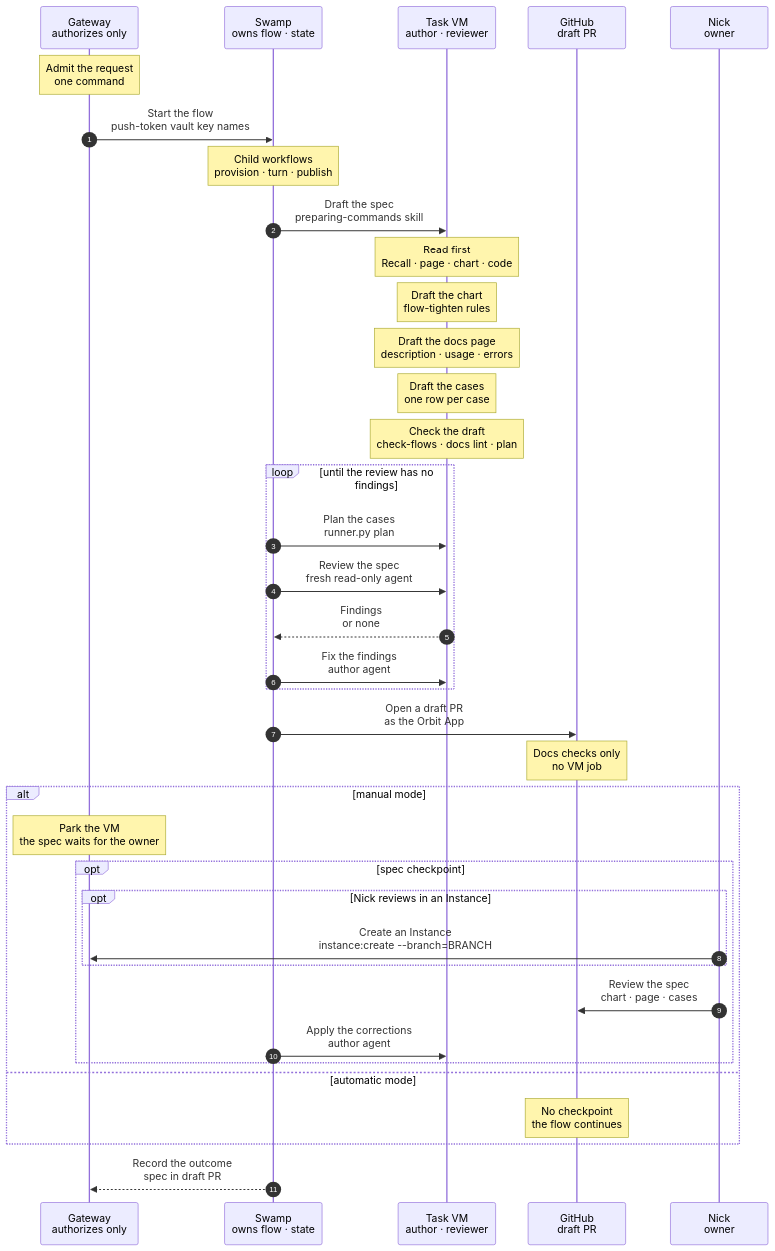
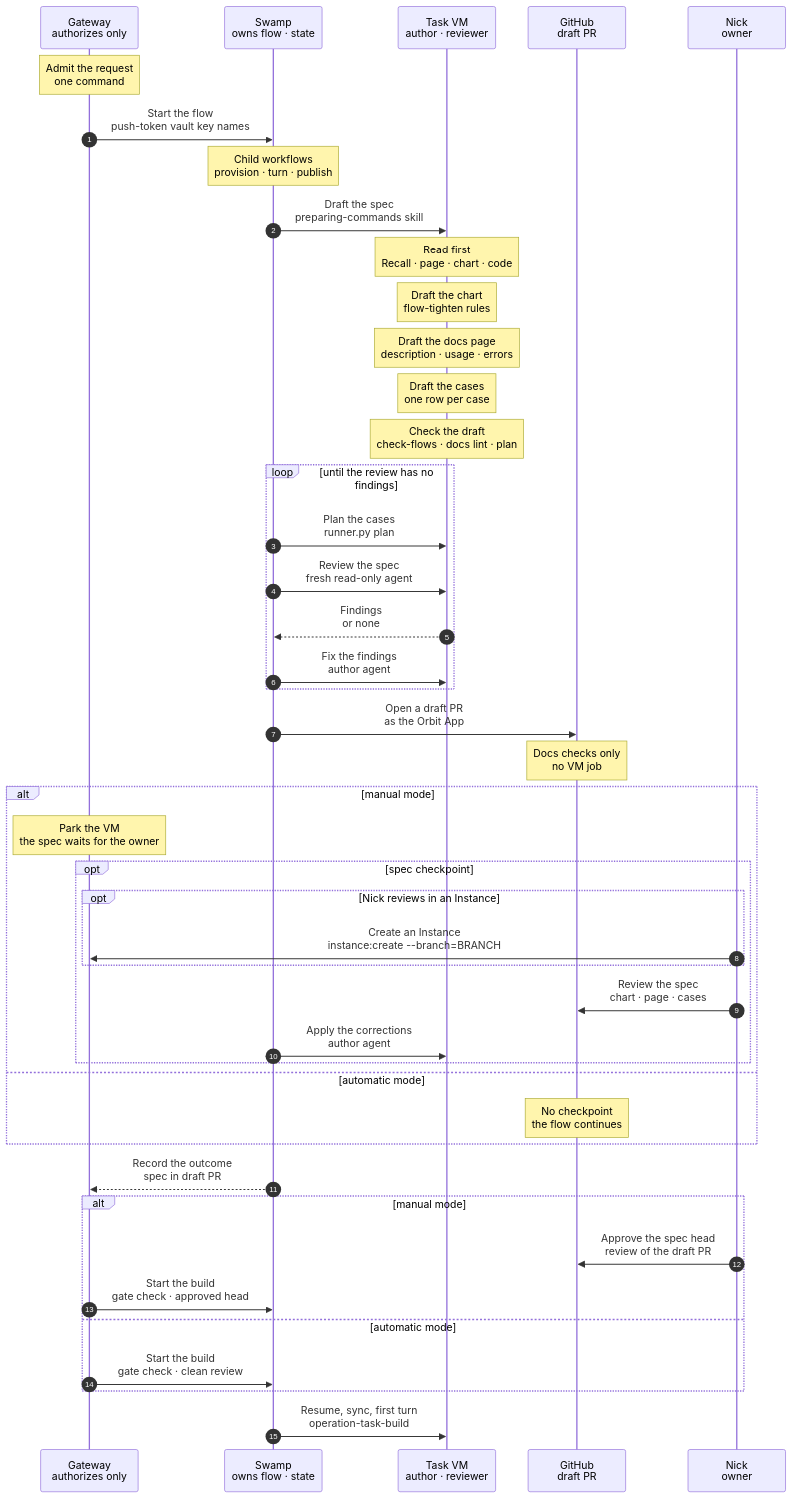
One commit to hardimpactdev/orbit changed the diagram in docs/reference/pipeline/1-prep.mmd. Above: the diagram before and after it, drawn with Mermaid. The commit also changed 20 other files, not shown here.

First line of the commit message:
Start the build when the owner approves the spec (G1) (#2989)

```diff
--- a/docs/reference/pipeline/1-prep.mmd
+++ b/docs/reference/pipeline/1-prep.mmd
@@ -1,151 +1,174 @@
 sequenceDiagram
   %% Target design: stage 1 of the command development pipeline (docs/reference/command-development-pipeline.mdx). A command has one PR, and this stage starts it. Swamp owns the flow and its state; the Gateway only authorizes it: it admits each request, mints short-lived GitHub App tokens, passes them by vault key name, and records outcomes. An author agent drafts the spec (chart, docs page and cases), a separate review agent checks it, and Swamp opens a draft PR as the Orbit App. The spec is the first commit of that PR. In manual mode, Nick may review the spec in the draft before code is written; in automatic mode there is no checkpoint. The code and the runnable proof cases follow in the same PR (stages 2 to 4), and stage 4 holds the gate and the merge.
   %% status: draft
   %% command: development pipeline stage 1 · start the command PR with its spec
   %% kind: pipeline.1-prep
   autonumber
   %% lane GW icon=gateway pill=intent tone=blue
   %% lane SW icon=workflow pill=executes tone=green
   %% lane VM icon=terminal pill=target tone=gray
   %% lane GH icon=server pill=target tone=purple
   %% lane NK icon=terminal pill=caller tone=amber
   participant GW as Gateway<br/>authorizes only
   participant SW as Swamp<br/>owns flow · state
   participant VM as Task VM<br/>author · reviewer
   participant GH as GitHub<br/>draft PR
   participant NK as Nick<br/>owner
   Note over GW: Admit the request<br/>one command
   %%> What it does:
   %%> - authorizes the request to start the PR of one command
   %%> - records the operation, so the CLI and web show its state
   %%> - names the vault keys of the push token; the publish step mints the token when it runs
   %%> Why:
   %%> - the Gateway only authorizes; Swamp owns the flow and all of its state
   GW->>SW: Start the flow<br/>push-token vault key names
   %%> Inputs:
   %%> - the command and its family
   %%> - the vault key names of the push token, never a token
   %%> Built or not:
   %%> - built: `tasks:prep` admits the run and Swamp runs it as the workflow `operation-task-prep`
   %%> - built: the mode of the run, `manual` or `automatic`, is the review mode of the Task group (`tasks:create --review`), captured in the intent at admission
   %%> Decided by the orchestrator, for Nick's review:
   %%> - the mode is part of the admitted intent, not a Swamp input: the run is the same in both modes and only the Gateway projection differs, so the Gateway records the mode once and Swamp learns nothing it does not use
   Note over SW: Child workflows<br/>provision · turn · publish
   %%> What it does:
   %%> - the arrows below from Swamp to the task VM and to GitHub are child workflows of one parent run: `operation-task-provision`, `operation-task-turn` for the draft, review and fix turns, and `operation-task-publish` with a draft
   %%> - the Gateway captured their whole intent at admission and Swamp passes it down as inputs; the clone and publish steps each mint their own GitHub credential at the Gateway
   %%> - the commit and tree the draft leaves, which the Gateway cannot know at admission, pass from step to step inside the run
   SW->>VM: Draft the spec<br/>preparing-commands skill
   %%> What it does:
   %%> - the author agent drafts the chart, the docs page and the verification cases in a task VM
   %%> - this commit changes no code
   Note over VM: Read first<br/>Recall · page · chart · code
   %%> What it does:
   %%> - Recall `resolve` for the command and its family, and `decisions` for the family; current decisions override older text
   %%> - reads the existing page and chart; reads the code only to learn what exists, never as the target
   %%> - for a command that already has a spec from a docs-only PR, starts from it and updates it
   %%> - for a sibling of an approved command, starts from the sibling's chart, page and cases
   Note over VM: Draft the chart<br/>flow-tighten rules
   %%> What it does:
   %%> - writes `docs/cli/FAMILY/COMMAND.mmd`, the ideal flow, even where the code differs
   %%> - the main path uses required parameters only; each optional flag gets its own `opt` block
   %%> - uses role names and placeholders, never Node ids, task ids or hostnames
   %%> - shows the failure and cleanup contract: what a failure leaves behind, what a rerun does
   Note over VM: Draft the docs page<br/>description · usage · errors
   %%> What it does:
   %%> - writes `docs/cli/FAMILY/COMMAND.mdx` in this order: description, usage, how it works, errors
   %%> - states the rerun behavior, with the reason code of a skip
   Note over VM: Draft the cases<br/>one row per case
   %%> What it does:
   %%> - writes `swamp/proof/FAMILY/COMMAND.cases.yaml` from the chart and the page, never from the code; each case names its chart path and its batch from `swamp/proof/batches.yaml`
   %%> - covers required arguments only, each flag, each error on the chart, a repeat, and a failure after a partial change
   %%> - marks a case that the code fails today; never weakens a case to fit the code
   Note over VM: Check the draft<br/>check-flows · docs lint · plan
   %%> What it does:
   %%> - runs `bin/check-flows`, `composer docs-build` and `composer docs-lint`
   %%> - runs `python3 swamp/proof/runner/runner.py plan --file` on the cases file of the command; the plan must exit 0, so a cases file that the runner refuses, such as a step it does not have, goes back to the author
   %%> - a case that needs something the runner lacks is listed under `uncovered`, never written as a step; the runner is not changed
   %%> - runs the runner unit tests (`python3 -m unittest discover -s swamp/proof/runner/tests`); a failure caused by the content of the cases file is named in the report as a blocker for the owner, and no test is changed
   %%> - compares the case ids with the default branch: a case that runs there stays a case, and none moves to `uncovered`
   %%> - walks every error code, flag and repeat of the page against the cases
   loop until the review has no findings
     SW->>VM: Plan the cases<br/>runner.py plan
     %%> What it does:
     %%> - runs `python3 swamp/proof/runner/runner.py plan --file` on the cases file of the command in the task VM, with literal arguments; it loads the file and runs no case
     %%> - runs after the draft and after each fix, before the review of that round
     %%> - a refusal, such as a step the runner does not have, becomes the first finding of the round: the review cannot approve past it, and the fix turn sends the author back
     %%> Decided by the orchestrator, for Nick's review:
     %%> - a Swamp step, not only a prompt: the prep run has no handoff check, so a command deliverable on the spec subtask would never be verified
     %%> - the runner is not changed; a case it cannot express is listed under `uncovered`
     SW->>VM: Review the spec<br/>fresh read-only agent
     %%> What it does:
     %%> - a separate review agent, on another model than the author's and at high effort, checks the spec against the skills and the CLI standard
     %%> - it never wrote the spec
     %%> - it runs the same plan too
     %%> Decided by the orchestrator, for Nick's review:
     %%> - the chart names no model. The Pi policy of task agents allows only the group's provider and refuses Claude models, so the review agent runs on the reviewer model of the group, which differs from the author's
     VM-->>SW: Findings<br/>or none
     SW->>VM: Fix the findings<br/>author agent
     %%> When:
     %%> - only when the review has findings
     %%> Result:
     %%> - the author agent fixes every finding it can settle with the rules and Recall decisions
   end
   SW->>GH: Open a draft PR<br/>as the Orbit App
   %%> What it does:
   %%> - asks the Gateway for a token at this step, then reads it from the vault by its key name; no task VM holds it
   %%> - pushes the branch whose first commit holds the chart, page and cases of one command and nothing else
   %%> - opens the PR as a draft; it stays a draft until stage 4
   %%> - this is the one PR of the command: code and runnable proof cases join it later, and no separate docs PR exists
   %%> Built:
   %%> - the run opens the PR with the child workflow of `tasks:publish --draft`, so the App opens the spec PR
   Note over GH: Docs checks only<br/>no VM job
   %%> Why:
   %%> - the spec commit changes documentation only, so CI runs the docs checks and never the proof CI; the proof CI starts with the code
   alt manual mode
     Note over GW: Park the VM<br/>the spec waits for the owner
     %%> What it does:
     %%> - when the run ends, the Gateway records the draft PR and admits `tasks:park` for the group, which stops the VM; the workspace stays
     %%> - a refused park is kept in the result as `park_refused`
     %%> Decided by the orchestrator, for Nick's review:
     %%> - the park follows the mode and needs no step in the run, like the park after `tasks:prep-fix`
     opt spec checkpoint
       opt Nick reviews in an Instance
         NK->>GW: Create an Instance<br/>instance:create --branch=BRANCH
         %%> What it does:
         %%> - creates a development Instance that checks out the PR branch
         %%> - Nick and an agent review and adjust the spec there
         %%> Built or not:
         %%> - built: `instance:create --branch` checks out an existing origin branch (`docs/cli/instance/create.mdx`, Branch selection)
       end
       NK->>GH: Review the spec<br/>chart · page · cases
       %%> What it does:
       %%> - Nick reviews the chart, the page and the cases in the draft before any code is written
       %%> - each correction is a new commit on the same branch
       %%> - Nick approves the spec; the chart is then marked `%% status: reviewed`
       %%> Why:
       %%> - a wrong spec is cheapest to fix before code follows it
       SW->>VM: Apply the corrections<br/>author agent
       %%> When:
       %%> - only when Nick asks for corrections
       %%> Result:
       %%> - the parked prep group resumes: the author agent gets the review as its prompt and applies it as a new commit, the runner plan and a review round check it, and the App pushes it to the same draft PR
       %%> - the group then parks again
       %%> Built or not:
       %%> - built: `tasks:prep-fix`, with the review of the owner as its input (`docs/cli/tasks/prep-fix.mmd`)
-      %%> - not built: the gate check does not detect the review of the owner yet
+      %%> - not built: the gate check does not detect a review that asks for corrections; it detects the approval, which starts the build (below)
       %%> Decided by the orchestrator, for Nick's review:
       %%> - the run is admitted with the review as text, so a decision made after the review can go with it; two review rounds follow the corrections
     end
   else automatic mode
     Note over GH: No checkpoint<br/>the flow continues
     %%> Why:
     %%> - the review agents' clean pass is the spec approval; the final self-review in stage 4 reads the whole PR
     %%> What it does:
     %%> - parks nothing: the VM keeps running
   end
   SW-->>GW: Record the outcome<br/>spec in draft PR
   %%> Result:
   %%> - the Gateway records the draft PR with its spec commit, for the CLI and web
   %%> - the command is not ready and not merged; building starts in the same PR with stage 2, and stages 3 and 4 follow in it
   %%> - a command already prepared through a docs-only PR stays as it is; when its turn comes, this flow reviews and updates its spec
+  alt manual mode
+    NK->>GH: Approve the spec head<br/>review of the draft PR
+    %%> What it does:
+    %%> - the owner approves the exact head of the draft PR; it is the review that `tasks:pr-merge` reads for the code
+    GW->>SW: Start the build<br/>gate check · approved head
+    %%> What it does:
+    %%> - the gate check (reads only, every minute) sees the approval on the head of the draft PR of a prep group whose spec is done
+    %%> - the Gateway records the approval, appends the implementation subtask, moves the group to `running` and admits one run, `tasks.build` (`docs/cli/tasks/build.mmd`)
+    %%> - the subtask has a fixed brief that names the approved chart, page and cases and the approved head; its deliverables are that the runner plan of the cases file passes and that the Project check passes
+    %%> Never:
+    %%> - acts on a group that has started its build (it has a build subtask), or on a head other than the approved one; a push after the approval needs a new approval
+    %%> Decided by the orchestrator, for Nick's review:
+    %%> - the approval starts the build with no hand step
+  else automatic mode
+    GW->>SW: Start the build<br/>gate check · clean review
+    %%> What it does:
+    %%> - the same admission, once the clean review is behind the group, which prep left running; it reads no approval, because the clean review is the approval
+  end
+  SW->>VM: Resume, sync, first turn<br/>operation-task-build
+  %%> What it does:
+  %%> - one parent run with three child workflows: `operation-task-vm-resume`, `operation-task-sync` and `operation-task-turn`, the first implementer turn on a new thread
+  %%> - the Gateway captured the whole intent at admission and Swamp passes it down as inputs; the read-token mint of the sync child is the one call to the Gateway
+  %%> - the Gateway projects the terminal event once; the group stays `running` and stage 2 goes on
```
